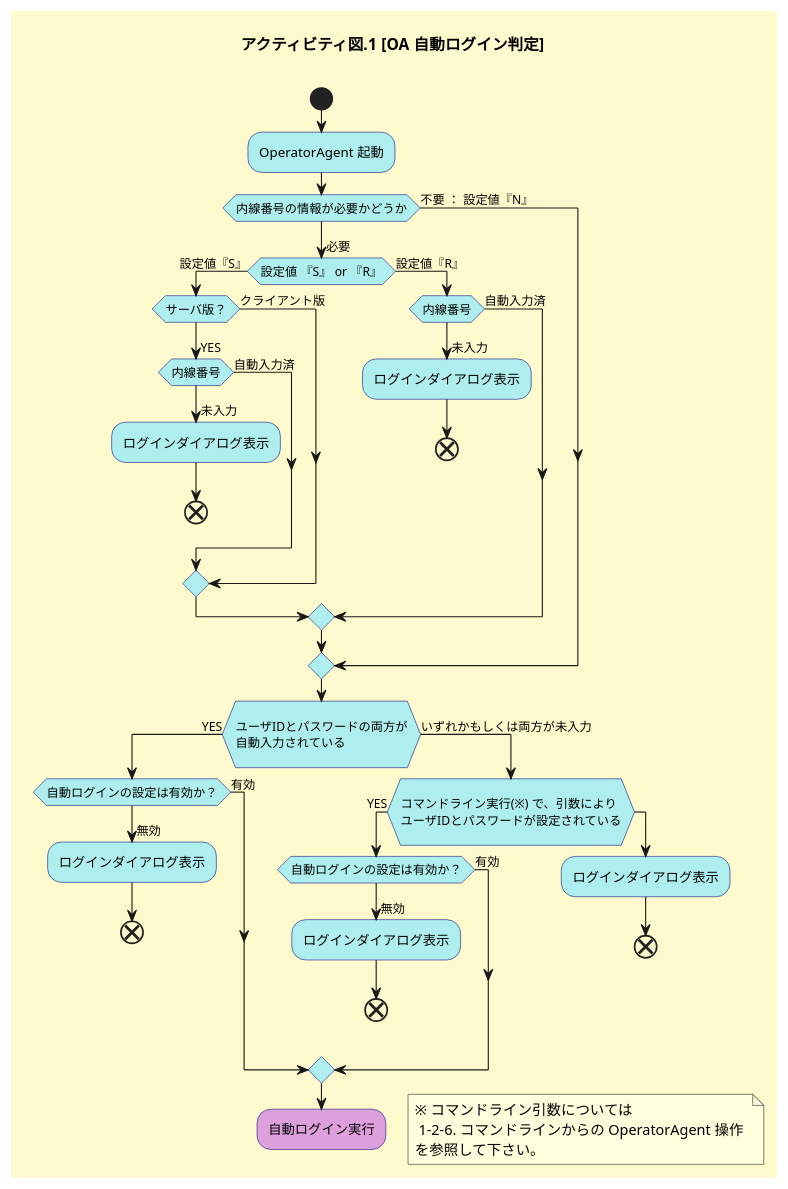
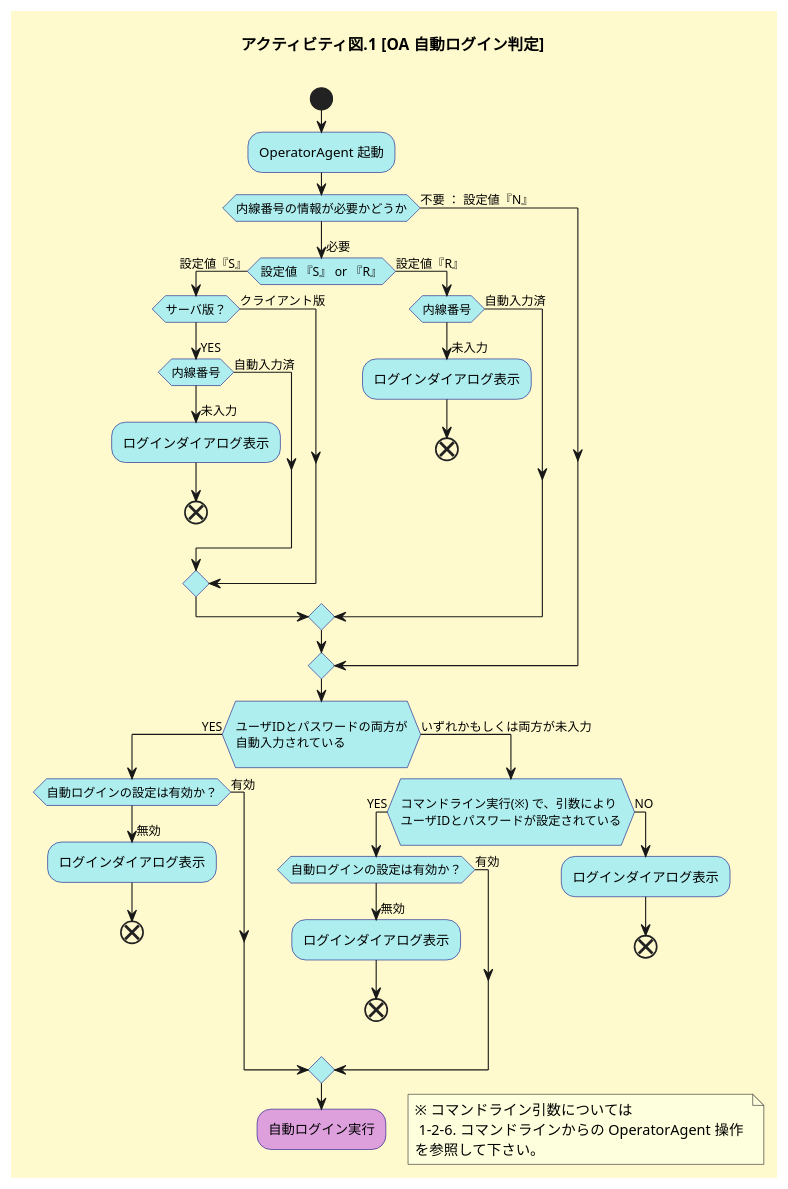
One commit to ytakagi-ponkotsu/function changed the first of 2 diagrams in 詳解 Communication Suite 機能編.md. Above: the diagram before and after it, drawn with PlantUML. The commit also changed other lines of this file, not shown here.

Commit message:
2020/04/17 イメージセンタリング

````diff
--- a/詳解 Communication Suite 機能編.md
+++ b/詳解 Communication Suite 機能編.md
@@ -140,56 +140,56 @@
 	```plantuml
 	@startuml
 	skinparam {
 	defaultFontName BIZ UDPゴシック
 	}
 	skinparam backgroundColor #fffacd
 	skinparam activity  {
 	BackgroundColor #afeeee
 	BorderColor #000080
 	}
 	title アクティビティ図.1 [OA 自動ログイン判定]\n
 
 
 	start
 	:OperatorAgent 起動;
 	if (内線番号の情報が必要かどうか) then (不要 ： 設定値『N』)
 	else (\n必要)
 		if (設定値 『S』 or 『R』) then (設定値『S』)
 			if (サーバ版？) then (\nYES)
 				if (内線番号) then (\n未入力)
 					-ログインダイアログ表示
 					end
 				else (自動入力済)
 				endif
 			else (クライアント版)
 			endif
 		else (設定値『R』)
 			if (内線番号) then (\n未入力)
 				-ログインダイアログ表示
 				end
 			else (自動入力済)
 			endif
 		endif
 	endif
 	if (\nユーザIDとパスワードの両方が\n自動入力されている\n) then (YES)
 		if (自動ログインの設定は有効か？) then (有効)
 		else (\n無効)
 		  -ログインダイアログ表示
 			end
 		endif
 	else (いずれかもしくは両方が未入力)
 		if (\nコマンドライン実行(※) で、引数により\nユーザIDとパスワードが設定されている\n) then (YES)
 			if (自動ログインの設定は有効か？) then (有効)
 			else (\n無効)
 			  -ログインダイアログ表示
 				end
 			endif
-		else
+		else (NO)
 			-ログインダイアログ表示
 			end
 		endif
 	endif
 	#plum:自動ログイン実行;
 	floating note right: ※ コマンドライン引数については \n 1-2-6. コマンドラインからの OperatorAgent 操作 \nを参照して下さい。
 	@enduml
 	```
````
